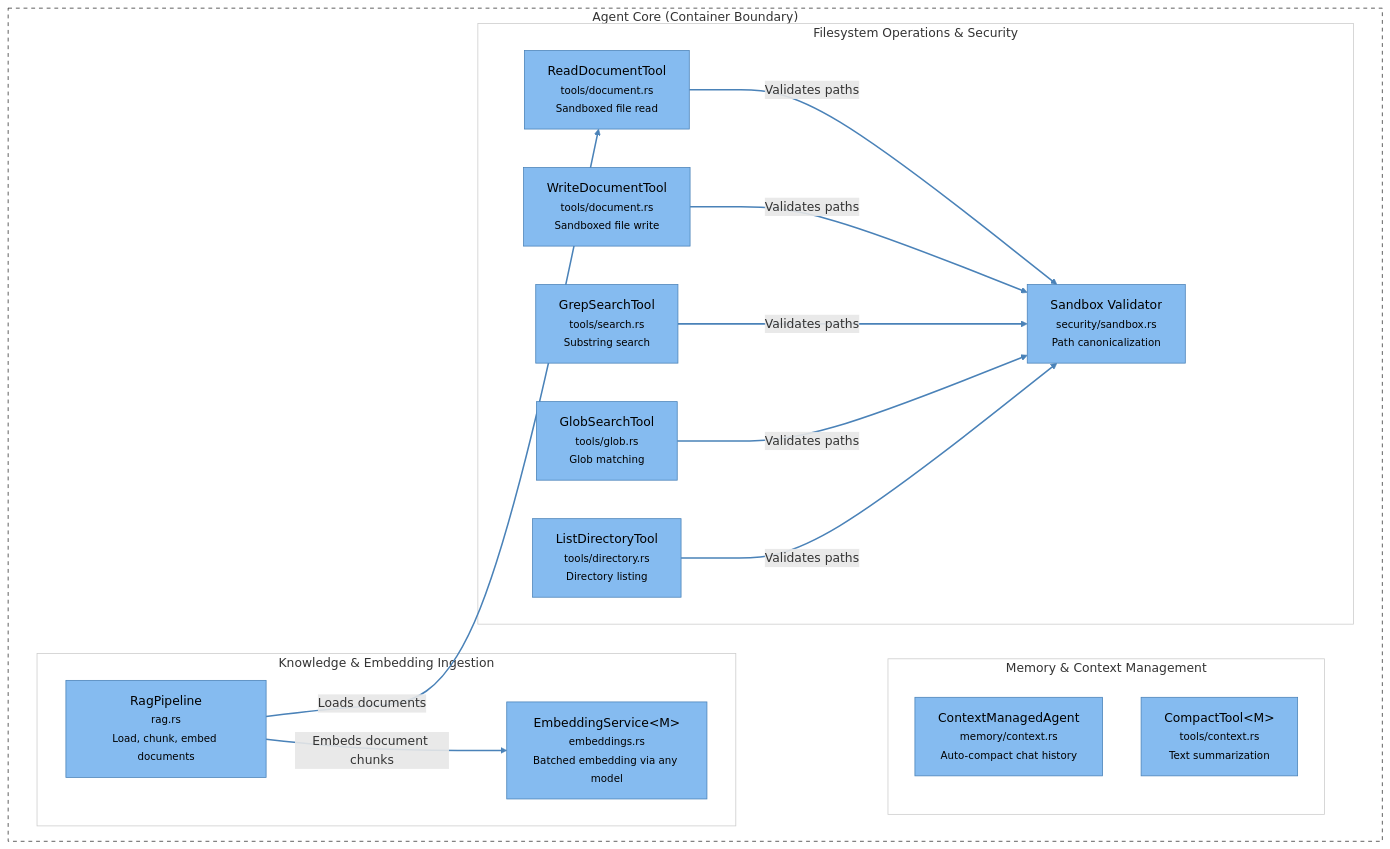
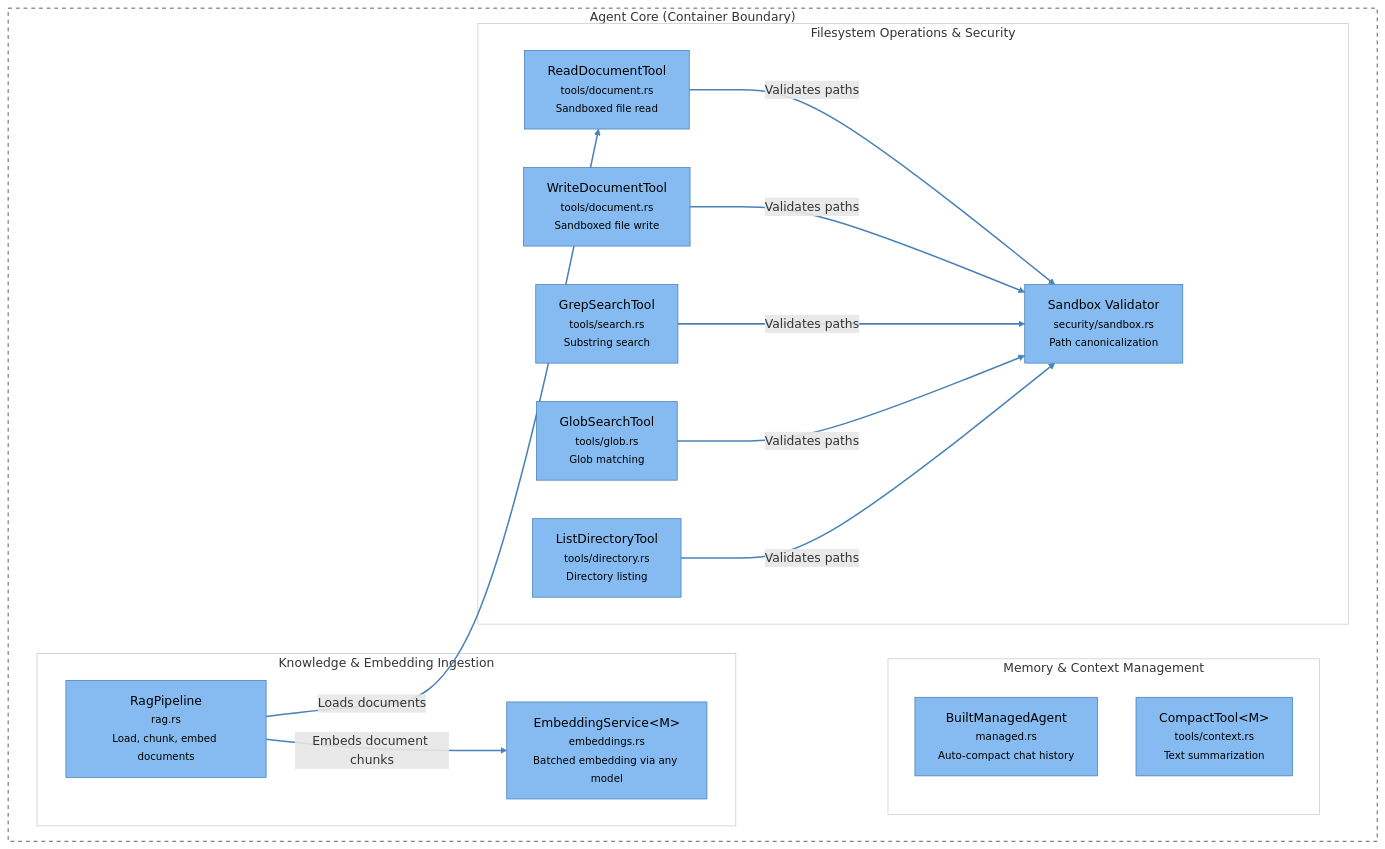
Before and after one commit to skaarfundgandr/agent_rs: the third of 3 diagrams in docs/diagrams/c4-architecture.md, drawn with Mermaid. The commit also changed 7 other files, not shown here.

Commit message:
docs: update documentation, diagrams, and project guide for builders

````diff
--- a/docs/diagrams/c4-architecture.md
+++ b/docs/diagrams/c4-architecture.md
@@ -72,40 +72,40 @@
 ```mermaid
 flowchart TB
     subgraph AgentCore ["Agent Core (Container Boundary)"]
         subgraph Ingestion ["Knowledge & Embedding Ingestion"]
             rag["RagPipeline<br/><small>rag.rs</small><br/><small>Load, chunk, embed documents</small>"]:::component
             embed["EmbeddingService&lt;M&gt;<br/><small>embeddings.rs</small><br/><small>Batched embedding via any model</small>"]:::component
         end
 
         subgraph Memory ["Memory & Context Management"]
-            ctx["ContextManagedAgent<br/><small>memory/context.rs</small><br/><small>Auto-compact chat history</small>"]:::component
+            ctx["BuiltManagedAgent<br/><small>managed.rs</small><br/><small>Auto-compact chat history</small>"]:::component
             compact["CompactTool&lt;M&gt;<br/><small>tools/context.rs</small><br/><small>Text summarization</small>"]:::component
         end
 
         subgraph Security ["Filesystem Operations & Security"]
             read["ReadDocumentTool<br/><small>tools/document.rs</small><br/><small>Sandboxed file read</small>"]:::component
             write["WriteDocumentTool<br/><small>tools/document.rs</small><br/><small>Sandboxed file write</small>"]:::component
             grep["GrepSearchTool<br/><small>tools/search.rs</small><br/><small>Substring search</small>"]:::component
             glob["GlobSearchTool<br/><small>tools/glob.rs</small><br/><small>Glob matching</small>"]:::component
             list["ListDirectoryTool<br/><small>tools/directory.rs</small><br/><small>Directory listing</small>"]:::component
             
             sandbox["Sandbox Validator<br/><small>security/sandbox.rs</small><br/><small>Path canonicalization</small>"]:::component
         end
     end
 
     rag -->|Embeds document chunks| embed
     rag -->|Loads documents| read
     
     read -->|Validates paths| sandbox
     write -->|Validates paths| sandbox
     grep -->|Validates paths| sandbox
     glob -->|Validates paths| sandbox
     list -->|Validates paths| sandbox
 
     classDef component fill:#85bbf0,stroke:#4a82b8,color:#000000
     style AgentCore fill:none,stroke:#333333,stroke-dasharray: 5 5
     style Ingestion fill:none,stroke:#cccccc
     style Memory fill:none,stroke:#cccccc
     style Security fill:none,stroke:#cccccc
     linkStyle default stroke:#4a82b8,stroke-width:2px;
 ```
````
